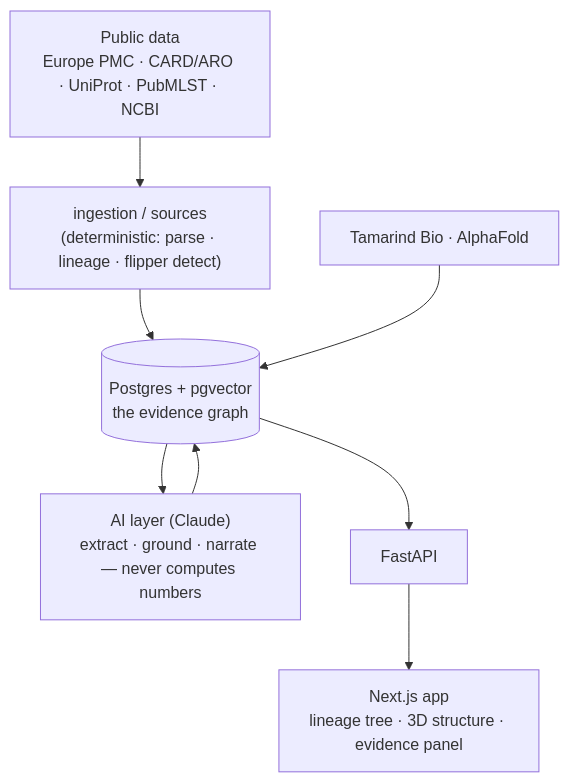
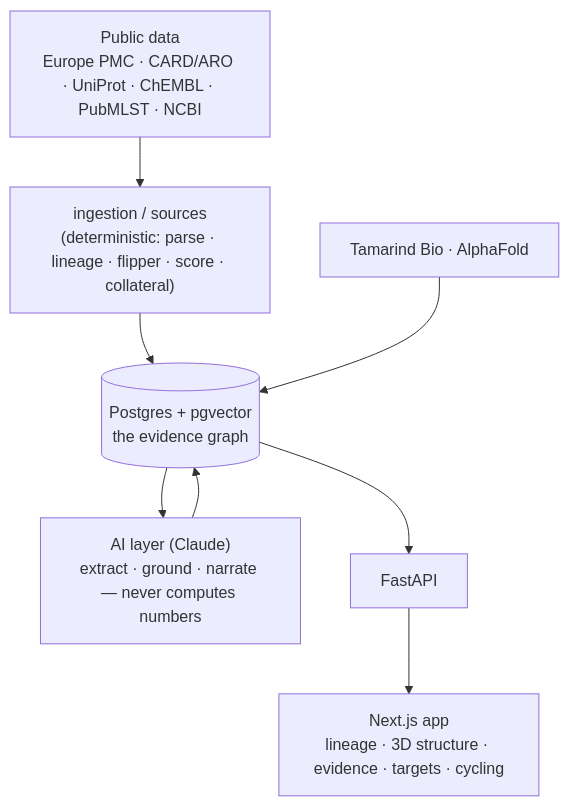
The diagram in README.md (akhimass/Achilles), drawn with Mermaid before and after one commit. The commit also changed other lines of this file and 2 other files, not shown here.

First line of the commit message:
Phase 3-4 polish: README (targets + cycling shipped), ChEMBL cache for AraC/MarA + LysR

````diff
--- a/README.md
+++ b/README.md
@@ -65,10 +76,10 @@
 ```mermaid
 flowchart TD
-  A["Public data<br/>Europe PMC · CARD/ARO · UniProt · PubMLST · NCBI"] --> B["ingestion / sources<br/>(deterministic: parse · lineage · flipper detect)"]
+  A["Public data<br/>Europe PMC · CARD/ARO · UniProt · ChEMBL · PubMLST · NCBI"] --> B["ingestion / sources<br/>(deterministic: parse · lineage · flipper · score · collateral)"]
   B --> C[("Postgres + pgvector<br/>the evidence graph")]
   C --> D["AI layer (Claude)<br/>extract · ground · narrate — never computes numbers"]
   T["Tamarind Bio · AlphaFold"] --> C
   D --> C
   C --> E["FastAPI"]
-  E --> F["Next.js app<br/>lineage tree · 3D structure · evidence panel"]
+  E --> F["Next.js app<br/>lineage · 3D structure · evidence · targets · cycling"]
 ```
````
